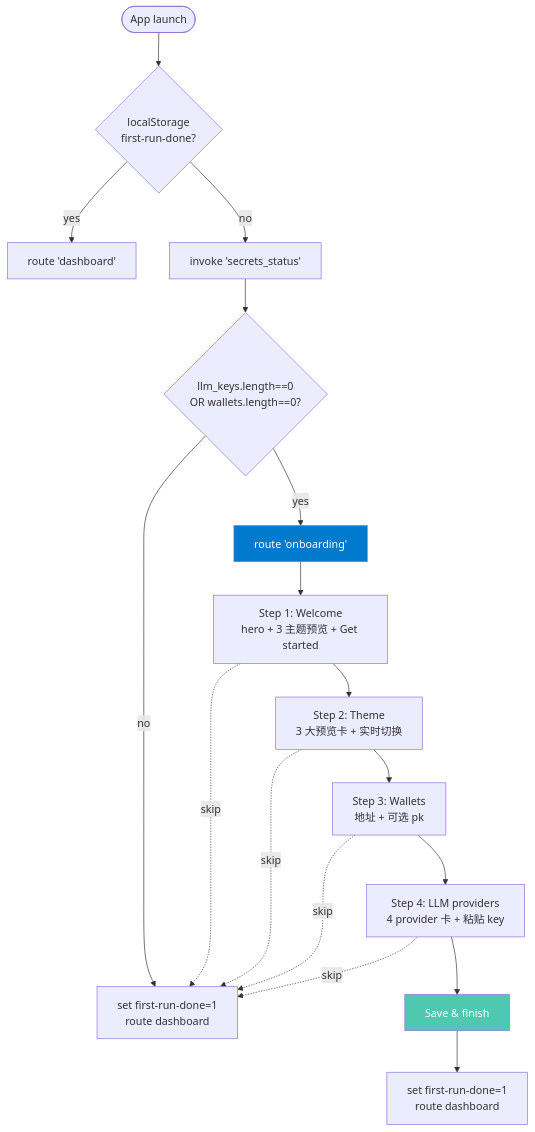
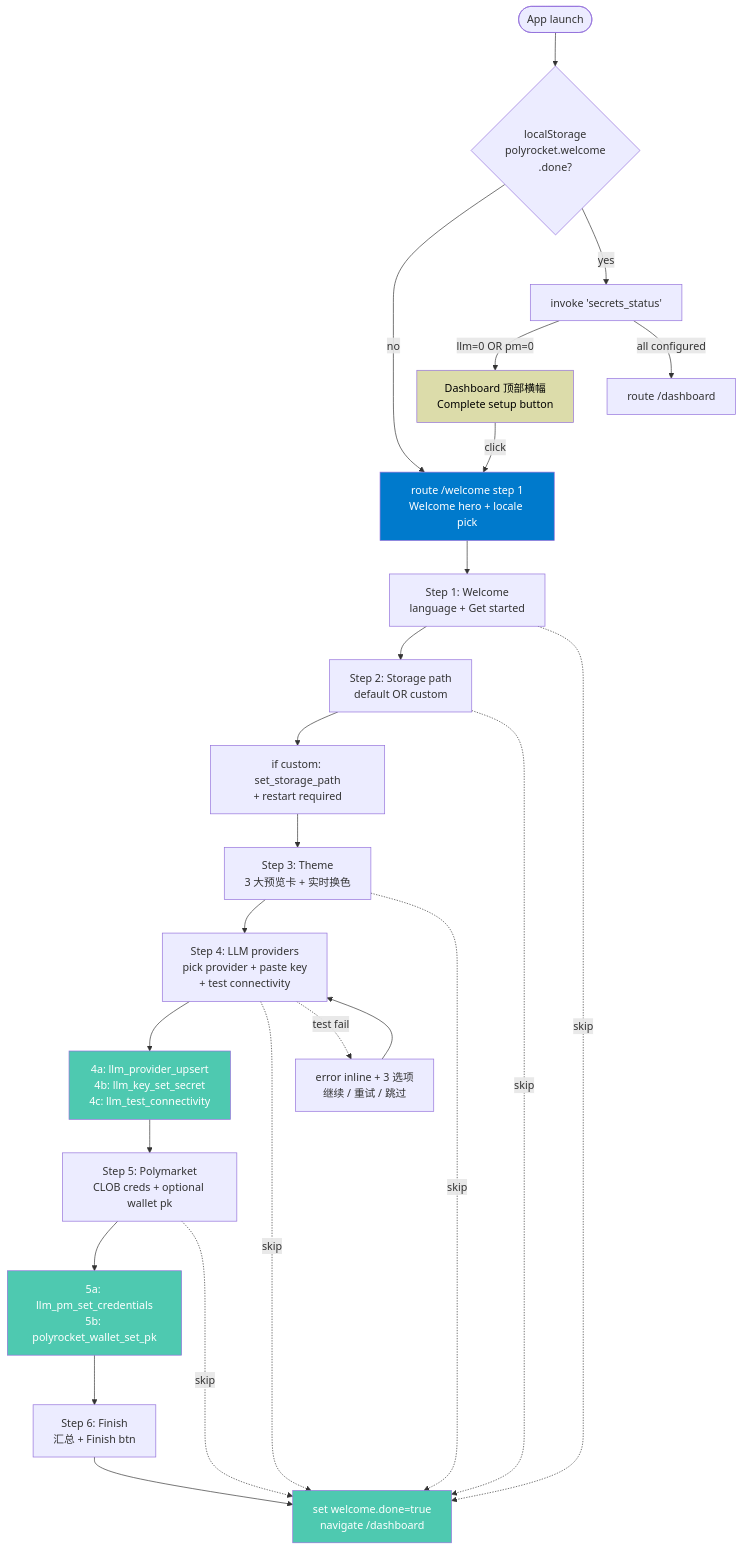
One commit to StrayShark/polyrocket changed diagram 19 of 21 in docs/polyrocket-flows.md. Above: the diagram before and after it, drawn with Mermaid. The commit also changed other lines of this file and 4 other files, not shown here.

````diff
--- a/docs/polyrocket-flows.md
+++ b/docs/polyrocket-flows.md
@@ -832,22 +835,35 @@
 ```mermaid
 flowchart TD
-    Start([App launch]) --> Check{localStorage<br/>first-run-done?}
-    Check -->|yes| Dashboard[route 'dashboard']
-    Check -->|no| Status[invoke 'secrets_status']
-    Status --> Empty{llm_keys.length==0<br/>OR wallets.length==0?}
-    Empty -->|no| Mark[set first-run-done=1<br/>route dashboard]
-    Empty -->|yes| Onboard[route 'onboarding']
-    Onboard --> Step1[Step 1: Welcome<br/>hero + 3 主题预览 + Get started]
-    Step1 --> Step2[Step 2: Theme<br/>3 大预览卡 + 实时切换]
-    Step2 --> Step3[Step 3: Wallets<br/>地址 + 可选 pk]
-    Step3 --> Step4[Step 4: LLM providers<br/>4 provider 卡 + 粘贴 key]
-    Step4 --> Submit[Save & finish]
-    Submit --> Done[set first-run-done=1<br/>route dashboard]
-    Step1 -.skip.-> Mark
-    Step2 -.skip.-> Mark
-    Step3 -.skip.-> Mark
-    Step4 -.skip.-> Mark
+    Start([App launch]) --> ReadLS{localStorage<br/>polyrocket.welcome<br/>.done?}
+    ReadLS -->|no| Welcome[route /welcome step 1<br/>Welcome hero + locale pick]
+    ReadLS -->|yes| CheckSec[invoke 'secrets_status']
 
-    style Onboard fill:#007ACC,color:#fff
-    style Submit fill:#4EC9B0,color:#fff
+    Welcome --> Step1[Step 1: Welcome<br/>language + Get started]
+    Step1 --> Step2[Step 2: Storage path<br/>default OR custom]
+    Step2 --> Step2a[if custom: set_storage_path<br/>+ restart required]
+    Step2a --> Step3[Step 3: Theme<br/>3 大预览卡 + 实时换色]
+    Step3 --> Step4[Step 4: LLM providers<br/>pick provider + paste key<br/>+ test connectivity]
+    Step4 --> Step4a[4a: llm_provider_upsert<br/>4b: llm_key_set_secret<br/>4c: llm_test_connectivity]
+    Step4a --> Step5[Step 5: Polymarket<br/>CLOB creds + optional wallet pk]
+    Step5 --> Step5a[5a: llm_pm_set_credentials<br/>5b: polyrocket_wallet_set_pk]
+    Step5a --> Step6[Step 6: Finish<br/>汇总 + Finish btn]
+    Step6 --> MarkDone[set welcome.done=true<br/>navigate /dashboard]
+
+    Step1 -.skip.-> MarkDone
+    Step2 -.skip.-> MarkDone
+    Step3 -.skip.-> MarkDone
+    Step4 -.skip.-> MarkDone
+    Step4 -.test fail.-> Step4b[error inline + 3 选项<br/>继续 / 重试 / 跳过]
+    Step4b --> Step4
+    Step5 -.skip.-> MarkDone
+
+    CheckSec -->|llm=0 OR pm=0| Banner[Dashboard 顶部横幅<br/>Complete setup button]
+    CheckSec -->|all configured| Dashboard[route /dashboard]
+    Banner -->|click| Welcome
+
+    style Welcome fill:#007ACC,color:#fff
+    style Step4a fill:#4EC9B0,color:#fff
+    style Step5a fill:#4EC9B0,color:#fff
+    style Banner fill:#DCDCAA,color:#000
+    style MarkDone fill:#4EC9B0,color:#fff
 ```
````
